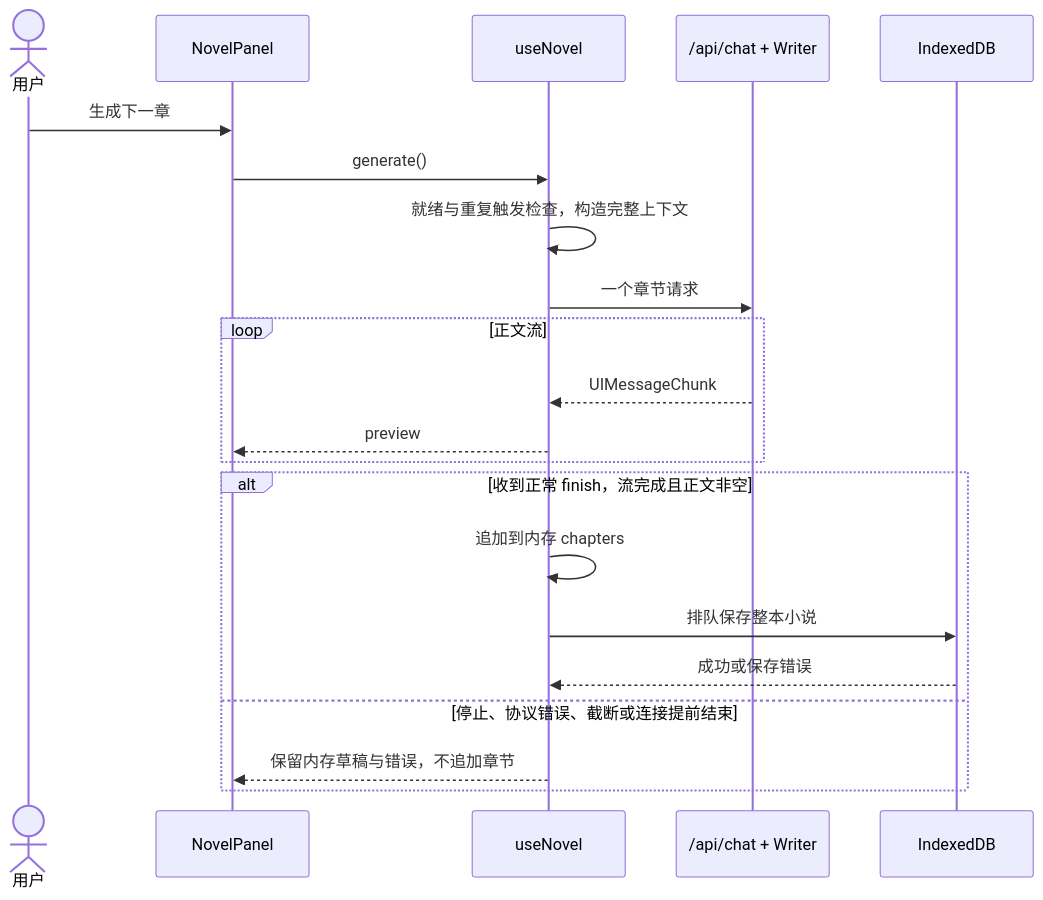
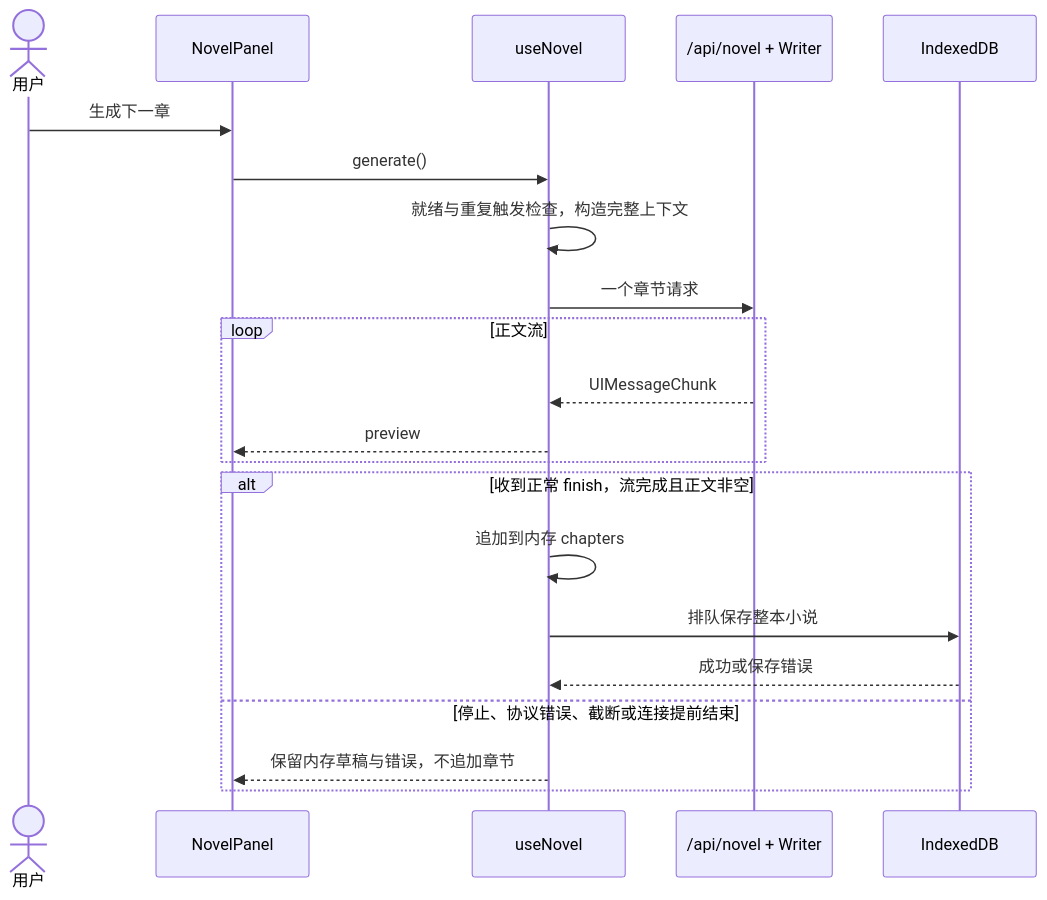
Before and after one commit to marvin-season/landing-page: the second of 2 diagrams in docs/novel-mode.md, drawn with Mermaid. The commit also changed other lines of this file and 8 other files, not shown here.

````diff
--- a/docs/novel-mode.md
+++ b/docs/novel-mode.md
@@ -138,23 +129,23 @@
 ```mermaid
 sequenceDiagram
   actor User as 用户
   participant UI as NovelPanel
   participant Hook as useNovel
-  participant API as /api/chat + Writer
+  participant API as /api/novel + Writer
   participant DB as IndexedDB
   User->>UI: 生成下一章
   UI->>Hook: generate()
   Hook->>Hook: 就绪与重复触发检查，构造完整上下文
   Hook->>API: 一个章节请求
   loop 正文流
     API-->>Hook: UIMessageChunk
     Hook-->>UI: preview
   end
   alt 收到正常 finish，流完成且正文非空
     Hook->>Hook: 追加到内存 chapters
     Hook->>DB: 排队保存整本小说
     DB-->>Hook: 成功或保存错误
   else 停止、协议错误、截断或连接提前结束
     Hook-->>UI: 保留内存草稿与错误，不追加章节
   end
 ```
````
